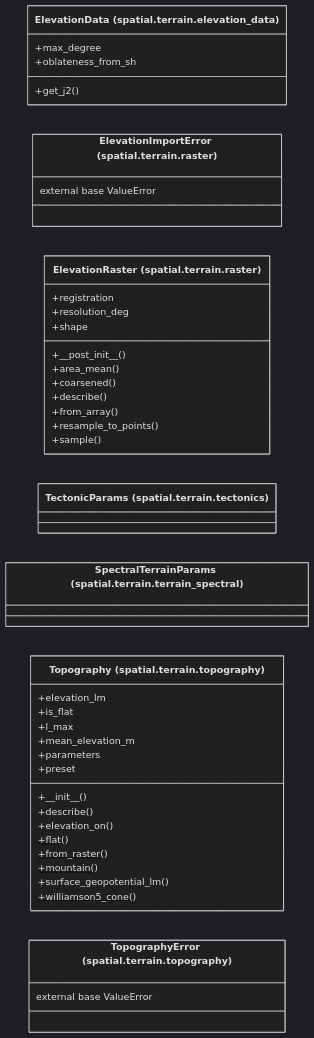
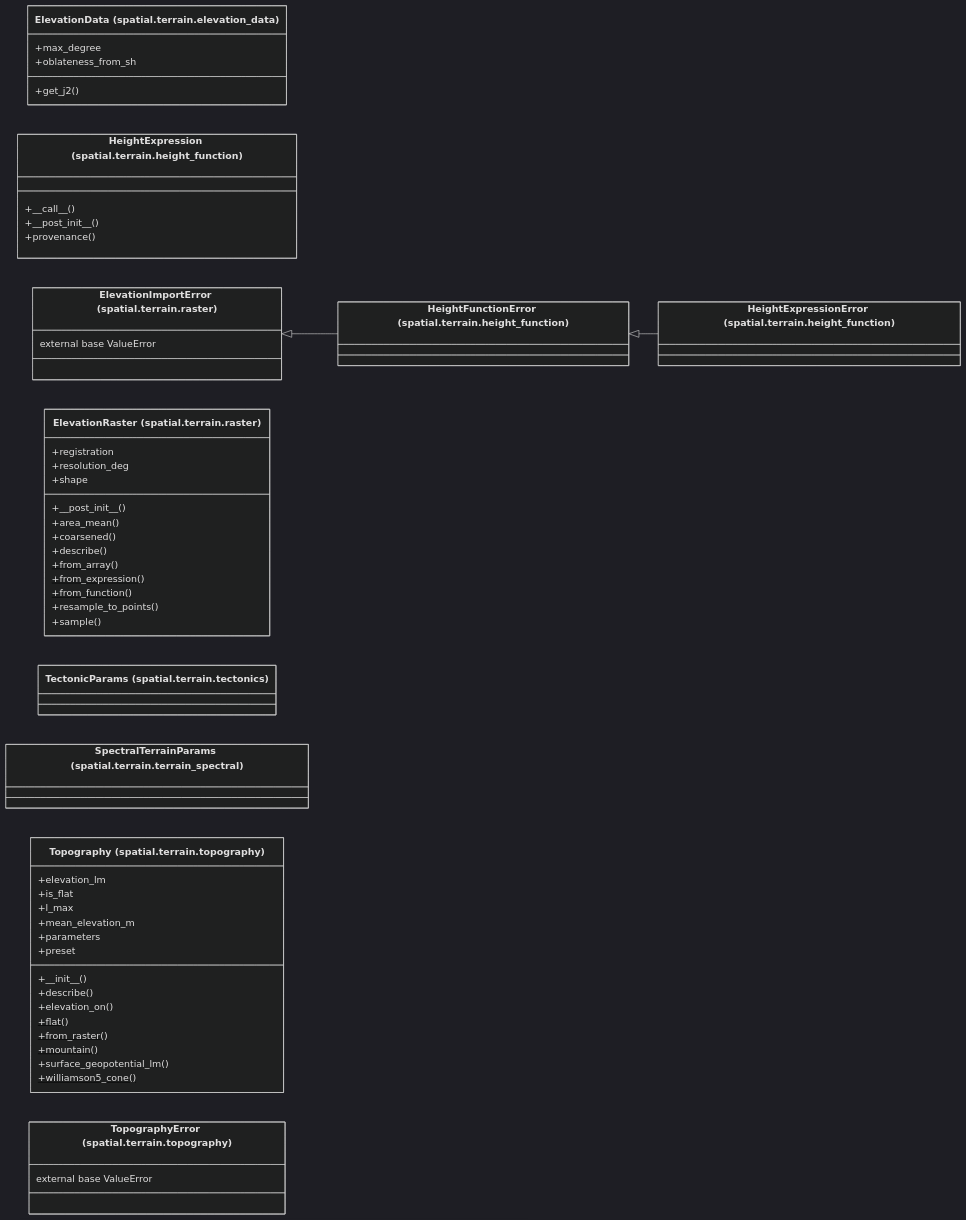
Before and after one commit to AlexandreEros/Palintropos: the diagram in docs/architecture/current/classes/tropoi.spatial.terrain.mmd, drawn with Mermaid (dark theme). The commit also changed 10 other files, not shown here.

Commit message:
docs(architecture): refresh the current snapshot for terrain height functions

```diff
--- a/docs/architecture/current/classes/tropoi.spatial.terrain.mmd
+++ b/docs/architecture/current/classes/tropoi.spatial.terrain.mmd
@@ -1,40 +1,50 @@
 %% Generated by tools.architecture 1.0.0. Do not edit by hand.
 %% All classes defined in package tropoi.spatial.terrain.
 classDiagram
     direction LR
     class c_tropoi_ospatial_oterrain_oelevation__data_oElevationData["ElevationData (spatial.terrain.elevation_data)"]
     c_tropoi_ospatial_oterrain_oelevation__data_oElevationData : +get#95;j2()
     c_tropoi_ospatial_oterrain_oelevation__data_oElevationData : +max#95;degree
     c_tropoi_ospatial_oterrain_oelevation__data_oElevationData : +oblateness#95;from#95;sh
+    class c_tropoi_ospatial_oterrain_oheight__function_oHeightExpression["HeightExpression (spatial.terrain.height_function)"]
+    c_tropoi_ospatial_oterrain_oheight__function_oHeightExpression : +#95;#95;call#95;#95;()
+    c_tropoi_ospatial_oterrain_oheight__function_oHeightExpression : +#95;#95;post#95;init#95;#95;()
+    c_tropoi_ospatial_oterrain_oheight__function_oHeightExpression : +provenance()
+    class c_tropoi_ospatial_oterrain_oheight__function_oHeightExpressionError["HeightExpressionError (spatial.terrain.height_function)"]
+    class c_tropoi_ospatial_oterrain_oheight__function_oHeightFunctionError["HeightFunctionError (spatial.terrain.height_function)"]
     class c_tropoi_ospatial_oterrain_oraster_oElevationImportError["ElevationImportError (spatial.terrain.raster)"]
     c_tropoi_ospatial_oterrain_oraster_oElevationImportError : external base ValueError
     class c_tropoi_ospatial_oterrain_oraster_oElevationRaster["ElevationRaster (spatial.terrain.raster)"]
     c_tropoi_ospatial_oterrain_oraster_oElevationRaster : +#95;#95;post#95;init#95;#95;()
     c_tropoi_ospatial_oterrain_oraster_oElevationRaster : +area#95;mean()
     c_tropoi_ospatial_oterrain_oraster_oElevationRaster : +coarsened()
     c_tropoi_ospatial_oterrain_oraster_oElevationRaster : +describe()
     c_tropoi_ospatial_oterrain_oraster_oElevationRaster : +from#95;array()$
+    c_tropoi_ospatial_oterrain_oraster_oElevationRaster : +from#95;expression()$
+    c_tropoi_ospatial_oterrain_oraster_oElevationRaster : +from#95;function()$
     c_tropoi_ospatial_oterrain_oraster_oElevationRaster : +registration
     c_tropoi_ospatial_oterrain_oraster_oElevationRaster : +resample#95;to#95;points()
     c_tropoi_ospatial_oterrain_oraster_oElevationRaster : +resolution#95;deg
     c_tropoi_ospatial_oterrain_oraster_oElevationRaster : +sample()
     c_tropoi_ospatial_oterrain_oraster_oElevationRaster : +shape
     class c_tropoi_ospatial_oterrain_otectonics_oTectonicParams["TectonicParams (spatial.terrain.tectonics)"]
     class c_tropoi_ospatial_oterrain_oterrain__spectral_oSpectralTerrainParams["SpectralTerrainParams (spatial.terrain.terrain_spectral)"]
     class c_tropoi_ospatial_oterrain_otopography_oTopography["Topography (spatial.terrain.topography)"]
     c_tropoi_ospatial_oterrain_otopography_oTopography : +#95;#95;init#95;#95;()
     c_tropoi_ospatial_oterrain_otopography_oTopography : +describe()
     c_tropoi_ospatial_oterrain_otopography_oTopography : +elevation#95;lm
     c_tropoi_ospatial_oterrain_otopography_oTopography : +elevation#95;on()
     c_tropoi_ospatial_oterrain_otopography_oTopography : +flat()$
     c_tropoi_ospatial_oterrain_otopography_oTopography : +from#95;raster()$
     c_tropoi_ospatial_oterrain_otopography_oTopography : +is#95;flat
     c_tropoi_ospatial_oterrain_otopography_oTopography : +l#95;max
     c_tropoi_ospatial_oterrain_otopography_oTopography : +mean#95;elevation#95;m
     c_tropoi_ospatial_oterrain_otopography_oTopography : +mountain()$
     c_tropoi_ospatial_oterrain_otopography_oTopography : +parameters
     c_tropoi_ospatial_oterrain_otopography_oTopography : +preset
     c_tropoi_ospatial_oterrain_otopography_oTopography : +surface#95;geopotential#95;lm()
     c_tropoi_ospatial_oterrain_otopography_oTopography : +williamson5#95;cone()$
     class c_tropoi_ospatial_oterrain_otopography_oTopographyError["TopographyError (spatial.terrain.topography)"]
     c_tropoi_ospatial_oterrain_otopography_oTopographyError : external base ValueError
+    c_tropoi_ospatial_oterrain_oheight__function_oHeightFunctionError <|-- c_tropoi_ospatial_oterrain_oheight__function_oHeightExpressionError
+    c_tropoi_ospatial_oterrain_oraster_oElevationImportError <|-- c_tropoi_ospatial_oterrain_oheight__function_oHeightFunctionError
```
